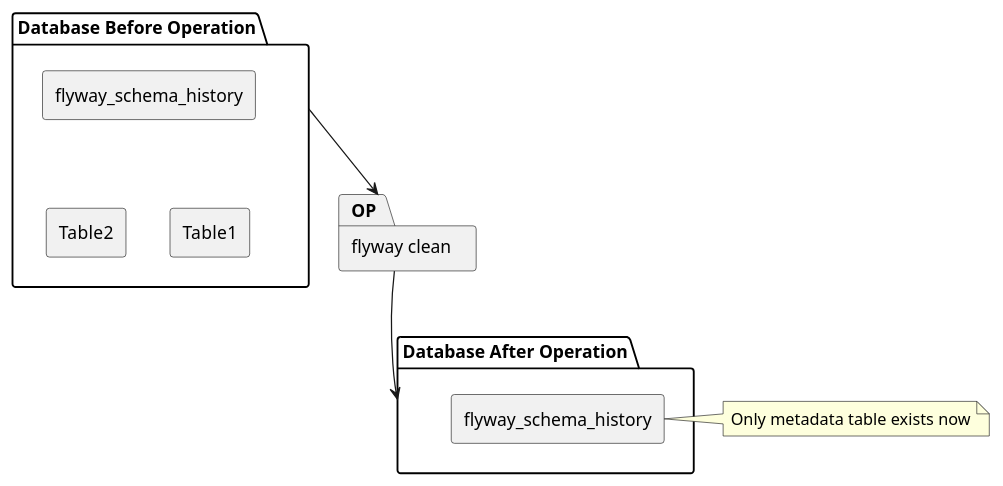
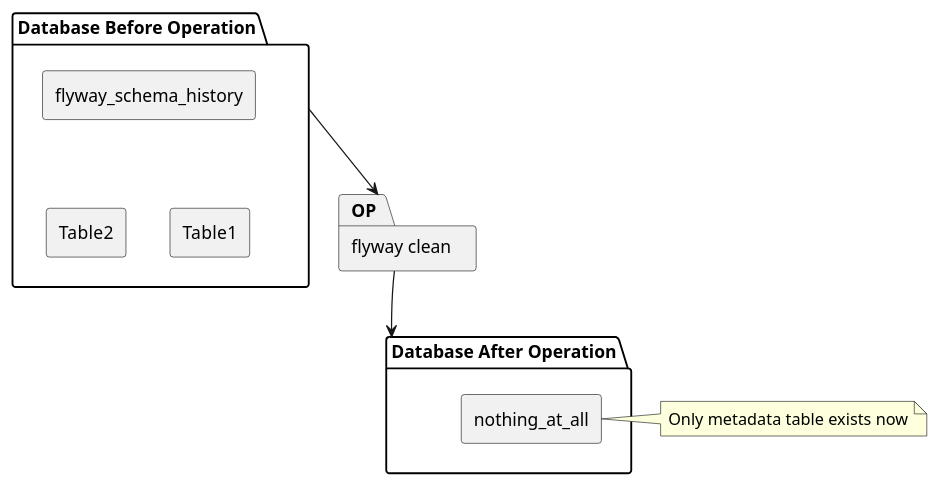
The diagram in draw/plantuml/20201117-flyway-clean.puml (LangInteger/learning), drawn with PlantUML before and after one commit.

```diff
--- a/draw/plantuml/20201117-flyway-clean.puml
+++ b/draw/plantuml/20201117-flyway-clean.puml
@@ -1,29 +1,29 @@
 @startuml
 
 skinparam componentStyle rectangle
 
 package "Database Before Operation" as DBO {
   [flyway_schema_history] as fsh_1
   [Table1] as table1_1
   [Table2] as table2_1
 }
 
 fsh_1 -[hidden]-> table1_1
 table2_1 -[hidden]> table1_1
 
 package "Database After Operation" as DAO {
-  [flyway_schema_history] as fsh_2
+  [nothing_at_all] as fsh_2
 }
 
 package "flyway clean" as OP {
 }
 
 table1_1 -[hidden]> OP 
 OP -[hidden]-> DAO
 
 DBO -> OP
 OP -> DAO
 
 note left of fsh_2: Only metadata table exists now
 
 @enduml
```
